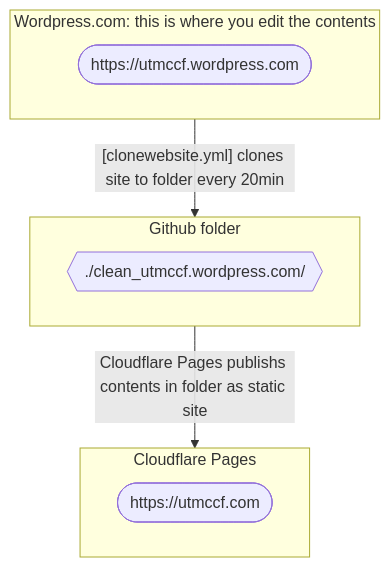
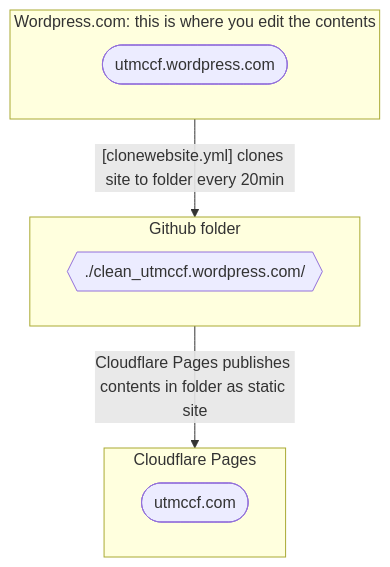
Before and after one commit to Nathan903/utmccf: the diagram in readme.md, drawn with Mermaid. The commit also changed other lines of this file and 2 other files, not shown here.

````diff
--- a/readme.md
+++ b/readme.md
@@ -1,14 +10,16 @@
 ```mermaid
 flowchart TD
 subgraph s1["Wordpress.com: this is where you edit the contents"]
-	n1(["https://utmccf.wordpress.com"]) 
+    n1(["utmccf.wordpress.com"]) 
+    click n1 href "https://utmccf.wordpress.com" _blank
 end
 s1--"[clonewebsite.yml] clones site to folder every 20min"-->s2
 subgraph s2["Github folder"]
   n3{{"./clean_utmccf.wordpress.com/"}}
 end
-s2--Cloudflare Pages publishs contents in folder as static site-->s3
+s2--"Cloudflare Pages publishes contents in folder as static site"-->s3
 subgraph s3["Cloudflare Pages"]
- n4(["https://utmccf.com"])
+ n4(["utmccf.com"])
+ click n4 href "https://utmccf.com" _blank
 end
 ```
````
